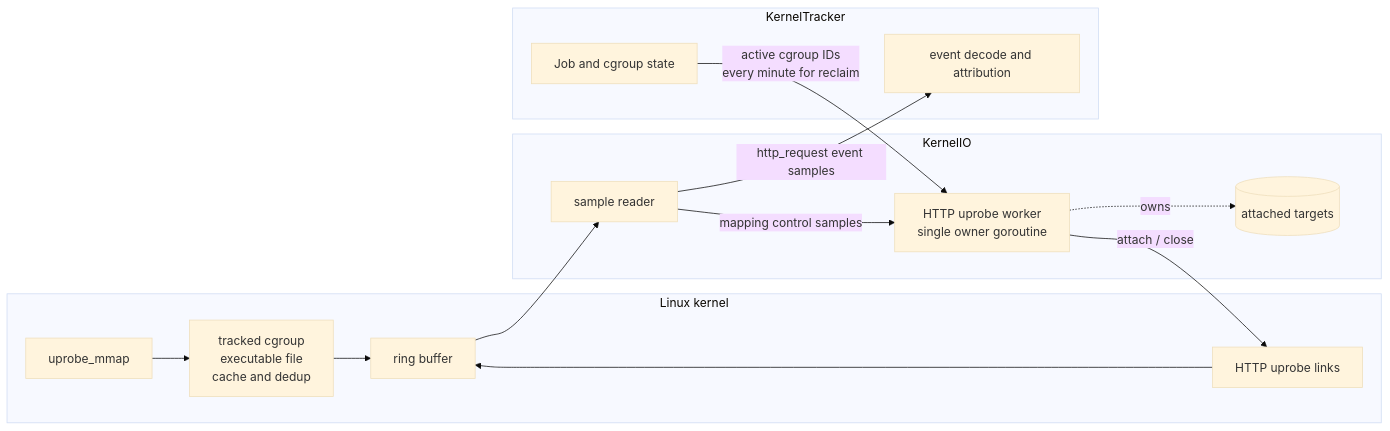
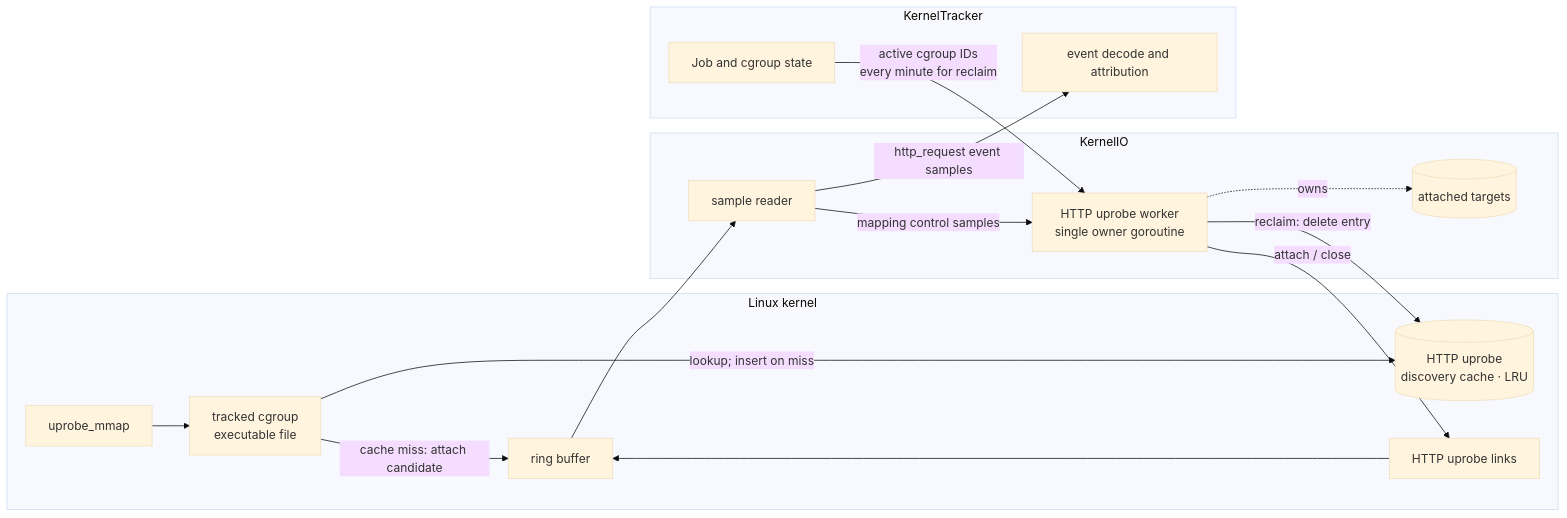
One commit to cicd-sensor/cicd-sensor changed the first of 4 diagrams in docs/developer-guide/ebpf/http-uprobes.md. Above: the diagram before and after it, drawn with Mermaid (base theme). The commit also changed other lines of this file and 24 other files, not shown here.

Commit message:
refactor(ebpf): clarify HTTP uprobe worker naming

````diff
--- a/docs/developer-guide/ebpf/http-uprobes.md
+++ b/docs/developer-guide/ebpf/http-uprobes.md
@@ -41,29 +41,33 @@
 ```mermaid
 flowchart LR
     subgraph KERNEL["Linux kernel"]
         MMAP["uprobe_mmap"]
-        FILTER["tracked cgroup<br/>executable file<br/>cache and dedup"]
+        FILTER["tracked cgroup<br/>executable file"]
+        CACHE[("HTTP uprobe<br/>discovery cache · LRU")]
         LINKS["HTTP uprobe links"]
         EVENTS["ring buffer"]
-        MMAP --> FILTER --> EVENTS
+        MMAP --> FILTER
+        FILTER -->|"lookup; insert on miss"| CACHE
+        FILTER -->|"cache miss: attach candidate"| EVENTS
         LINKS --> EVENTS
     end
 
     subgraph KIO["KernelIO"]
         READER["sample reader"]
         WORKER["HTTP uprobe worker<br/>single owner goroutine"]
         TARGETS[("attached targets")]
         READER -->|"mapping control samples"| WORKER
         WORKER -.->|"owns"| TARGETS
     end
 
     subgraph KT["KernelTracker"]
         CGROUPS["Job and cgroup state"]
         DECODE["event decode and attribution"]
     end
 
     EVENTS --> READER
     WORKER -->|"attach / close"| LINKS
+    WORKER -->|"reclaim: delete entry"| CACHE
     CGROUPS -->|"active cgroup IDs<br/>every minute for reclaim"| WORKER
     READER -->|"http_request event samples"| DECODE
 ```
````
